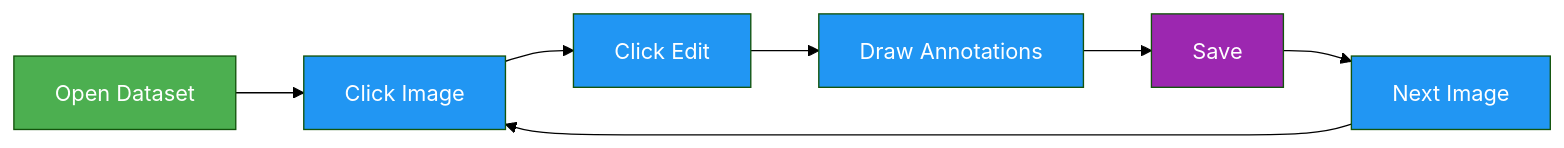
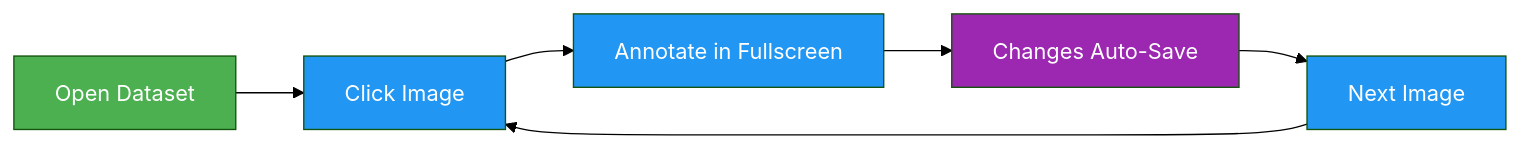
The second of 3 diagrams in docs/en/platform/data/annotation.md (ultralytics/ultralytics), drawn with Mermaid (forest theme) before and after one commit. The commit also changed other lines of this file and 29 other files, not shown here.

````diff
--- a/docs/en/platform/data/annotation.md
+++ b/docs/en/platform/data/annotation.md
@@ -111,13 +113,12 @@
 ```mermaid
 graph LR
     A[Open Dataset]:::start --> B[Click Image]:::proc
-    B --> C[Click Edit]:::proc
-    C --> D[Draw Annotations]:::proc
-    D --> E[Save]:::out
-    E --> F[Next Image]:::proc
-    F --> B
+    B --> C[Annotate in Fullscreen]:::proc
+    C --> D[Changes Auto-Save]:::out
+    D --> E[Next Image]:::proc
+    E --> B
 
     classDef start fill:#4CAF50,color:#fff
     classDef proc fill:#2196F3,color:#fff
     classDef out fill:#9C27B0,color:#fff
 ```
````
